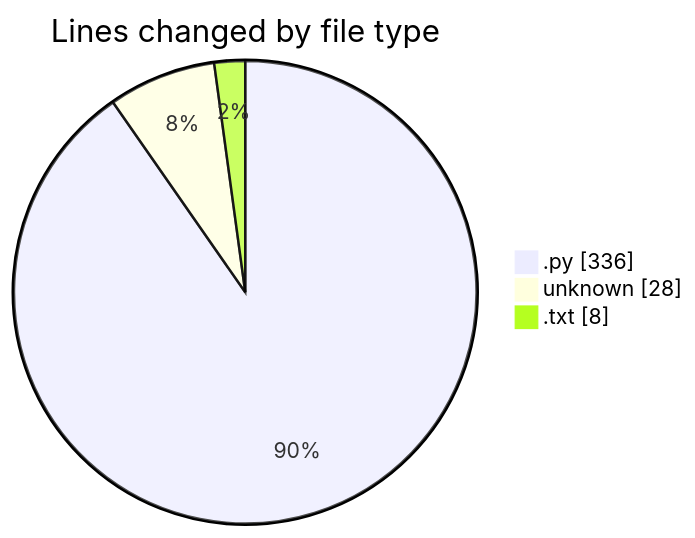
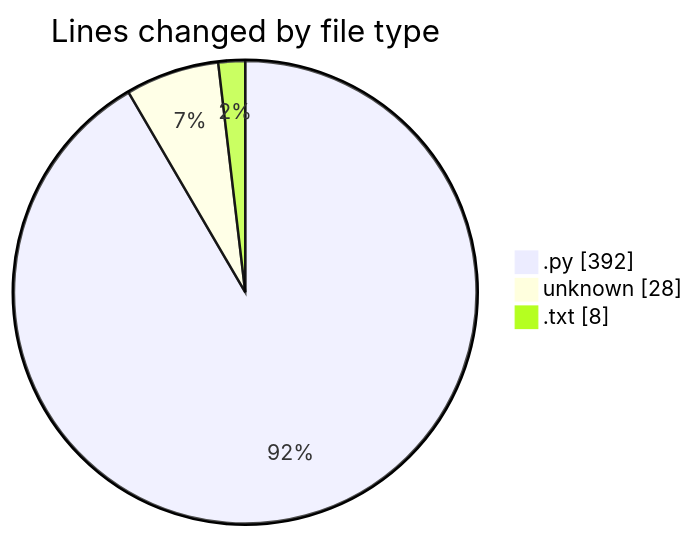
The first of 2 diagrams in 2026-09-18/video-downloader/README.md (momahboobian/code-tracking), drawn with Mermaid before and after one commit. The commit also changed other lines of this file and 1 other file, not shown here.

````diff
--- a/2026-09-18/video-downloader/README.md
+++ b/2026-09-18/video-downloader/README.md
@@ -23,7 +23,7 @@
 ```mermaid
 pie showData
 title Lines changed by file type
-".py" : 336
+".py" : 392
 "unknown" : 28
 ".txt" : 8
 ```
````
